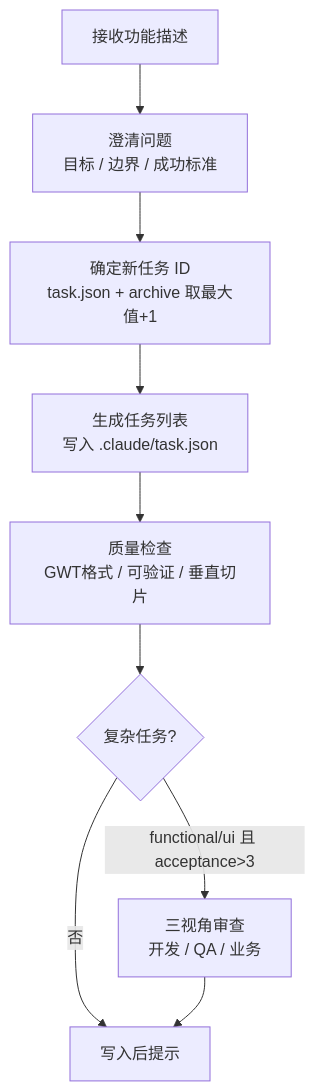
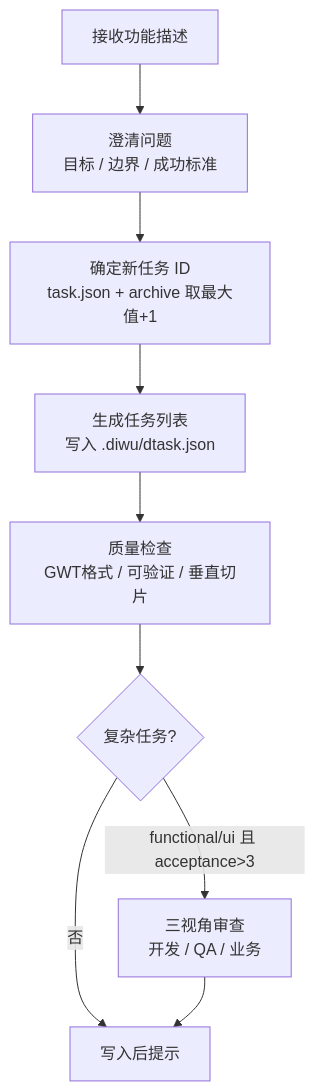
The second of 4 diagrams in README.md (ssdiwu/diwu-workflow), drawn with Mermaid before and after one commit. The commit also changed other lines of this file and 15 other files, not shown here.

````diff
--- a/README.md
+++ b/README.md
@@ -137,11 +137,11 @@
 ```mermaid
 flowchart TD
     A[接收功能描述] --> B[澄清问题<br>目标 / 边界 / 成功标准]
     B --> C[确定新任务 ID<br>task.json + archive 取最大值+1]
-    C --> D[生成任务列表<br>写入 .claude/task.json]
+    C --> D[生成任务列表<br>写入 .diwu/dtask.json]
     D --> E[质量检查<br>GWT格式 / 可验证 / 垂直切片]
     E --> F{复杂任务?}
     F -->|functional/ui 且 acceptance>3| G[三视角审查<br>开发 / QA / 业务]
     F -->|否| H[写入后提示]
     G --> H
 ```
````
